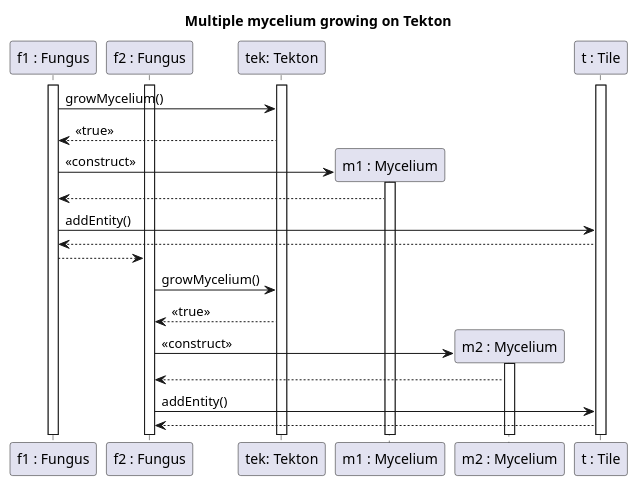
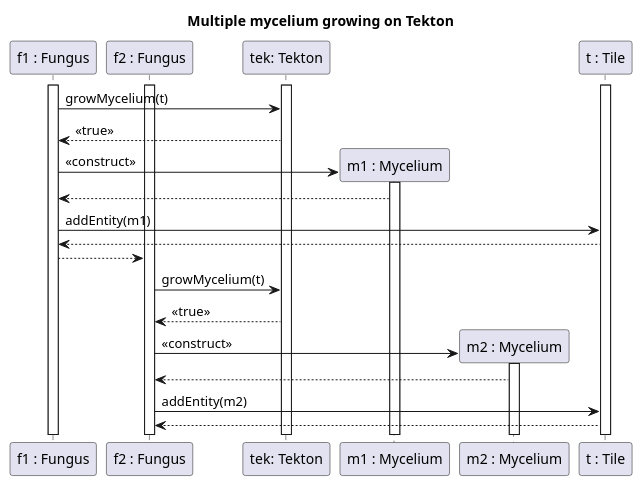
Before and after one commit to Harcipan/Projlab_nullpointerexception: the diagram in diagrams/diagramFiles/SQ_MultipleMyceliumonTekton.puml, drawn with PlantUML. The commit also changed 4 other files, not shown here.

```diff
--- a/diagrams/diagramFiles/SQ_MultipleMyceliumonTekton.puml
+++ b/diagrams/diagramFiles/SQ_MultipleMyceliumonTekton.puml
@@ -1,37 +1,37 @@
 @startuml Mycelium growth
 
 title Multiple mycelium growing on Tekton
 
 participant "f1 : Fungus" as F1
 participant "f2 : Fungus" as F2
 participant "tek: Tekton" as Tek
 participant "m1 : Mycelium" as M1
 participant "m2 : Mycelium" as M2
 participant "t : Tile" as T
 
 activate F1
 activate F2
 activate T
 activate Tek
 
 
-F1->Tek : growMycelium()
+F1->Tek : growMycelium(t)
 Tek --> F1 : <<true>>
 F1 -> M1 ** : <<construct>>
 activate M1
 M1 --> F1
-F1 -> T : addEntity()
+F1 -> T : addEntity(m1)
 T-->F1
 
 F1-->F2
 
-F2->Tek : growMycelium()
+F2->Tek : growMycelium(t)
 Tek --> F2 : <<true>>
 F2 -> M2 ** : <<construct>>
 activate M2
 M2 --> F2
-F2 -> T : addEntity()
+F2 -> T : addEntity(m2)
 T-->F2
 
 
 @enduml
```
